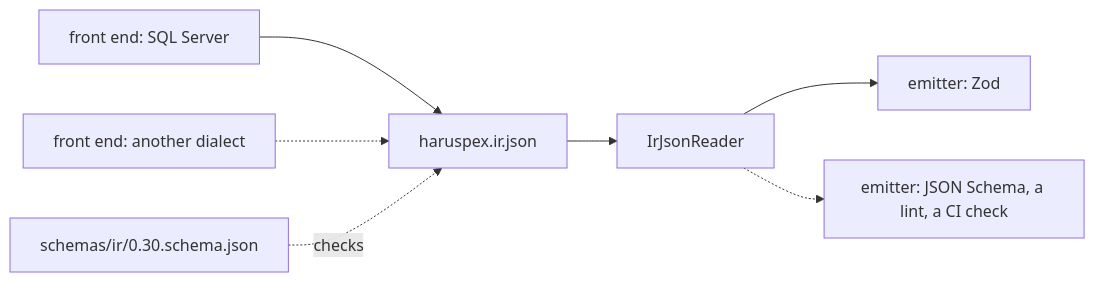
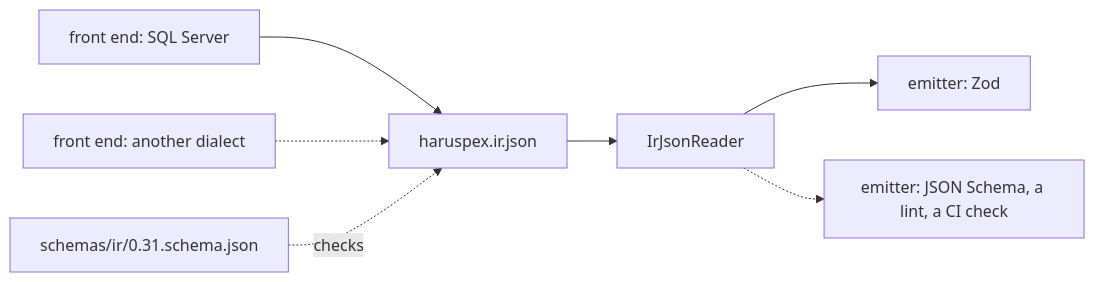
Before and after one commit to haruspex-tools/haruspex: the diagram in docs/internals/10-the-ir-as-a-contract.md, drawn with Mermaid. The commit also changed other lines of this file and 43 other files, not shown here.

````diff
--- a/docs/internals/10-the-ir-as-a-contract.md
+++ b/docs/internals/10-the-ir-as-a-contract.md
@@ -26,9 +26,9 @@
 ```mermaid
 flowchart LR
     tsql["front end: SQL Server"] --> file["haruspex.ir.json"]
     pg["front end: another dialect"] -.-> file
     file --> reader["IrJsonReader"]
     reader --> zod["emitter: Zod"]
     reader -.-> other["emitter: JSON Schema, a lint, a CI check"]
-    schema["schemas/ir/0.30.schema.json"] -.->|checks| file
+    schema["schemas/ir/0.31.schema.json"] -.->|checks| file
 ```
````
